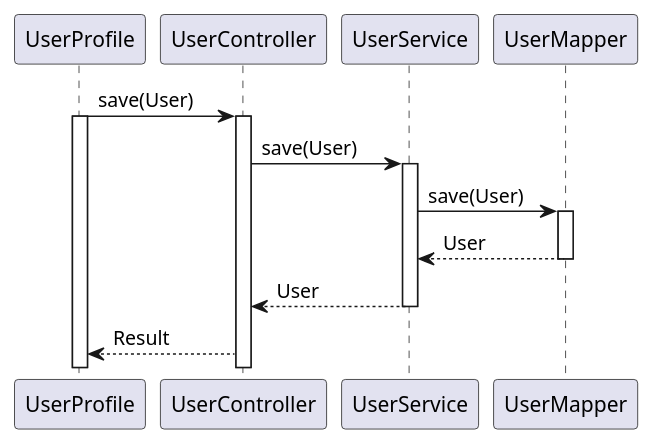
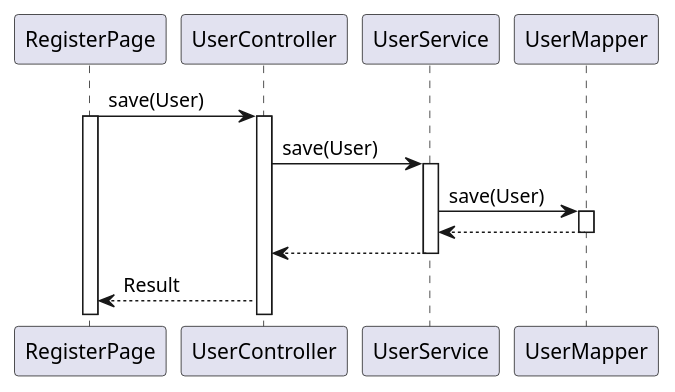
One commit to leidZhang/Nutrifit changed the diagram in doc/seq/register.puml. Above: the diagram before and after it, drawn with PlantUML. The commit also changed 35 other files, not shown here.

Commit message:
sequence diagrams

```diff
--- a/doc/seq/register.puml
+++ b/doc/seq/register.puml
@@ -1,20 +1,20 @@
 @startuml
-UserProfile -> UserController: save(User)
-activate UserProfile
+RegisterPage -> UserController: save(User)
+activate RegisterPage
 activate UserController
 
 UserController -> UserService: save(User)
 activate UserService
 
 UserService -> UserMapper: save(User)
 activate UserMapper
 
-UserMapper --> UserService: User
+UserMapper --> UserService
 deactivate UserMapper
 
-UserService --> UserController: User
+UserService --> UserController
 deactivate UserService
 
-UserController --> UserProfile: Result
+UserController --> RegisterPage: Result
 
 @enduml
```
